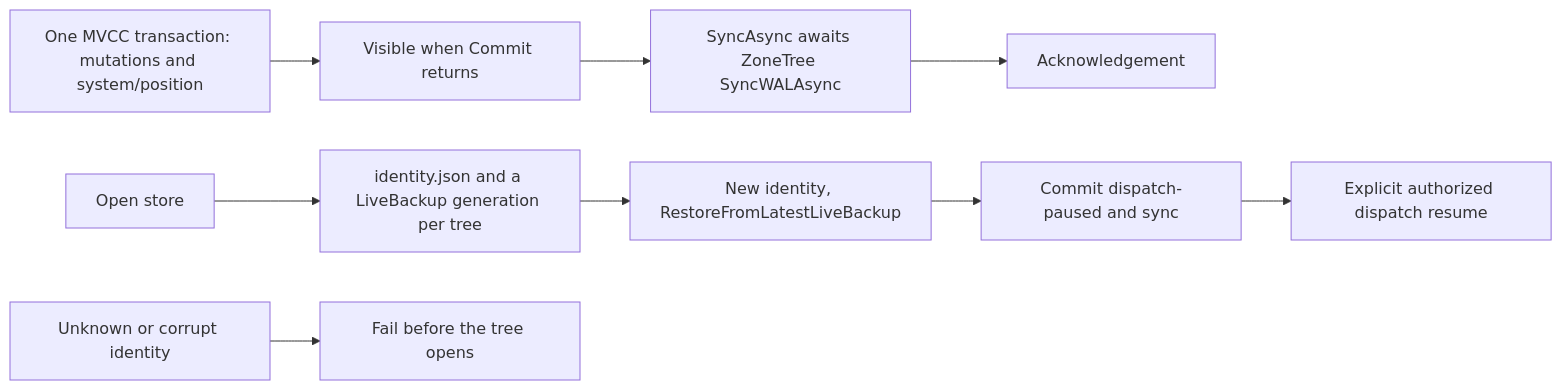
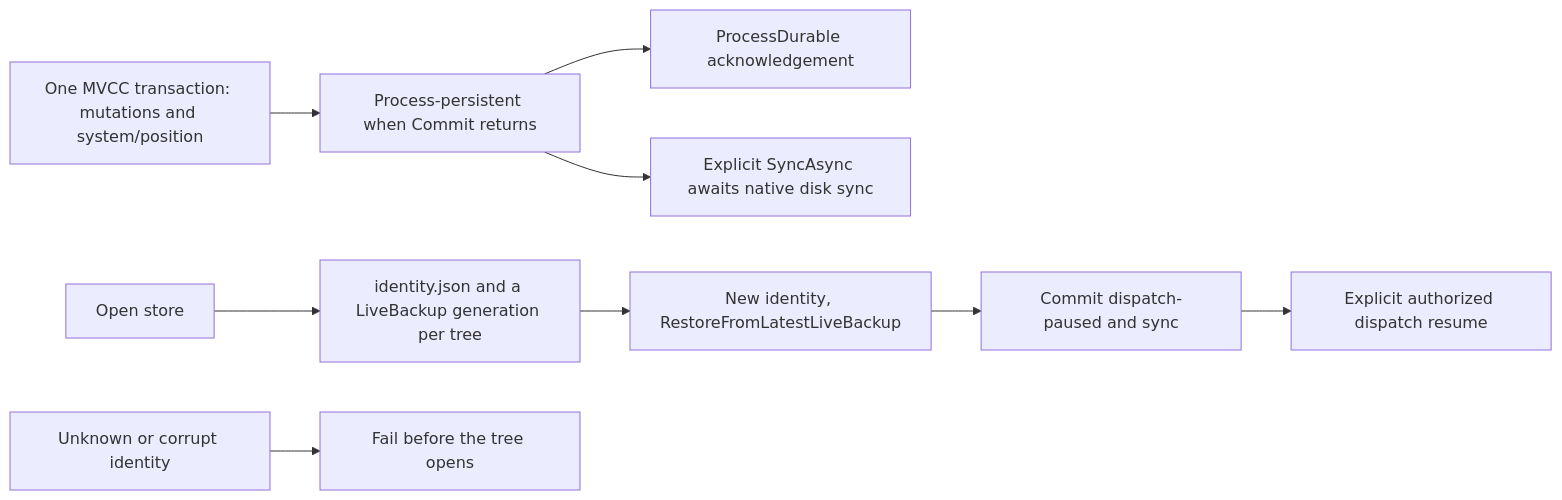
Before and after one commit to managedcode/KeyLoad: the diagram in docs/ADR/ADR-011-current-format.md, drawn with Mermaid. The commit also changed other lines of this file and 30 other files, not shown here.

First line of the commit message:
Publish process-persistent native WAL writes without per-batch disk sync

````diff
--- a/docs/ADR/ADR-011-current-format.md
+++ b/docs/ADR/ADR-011-current-format.md
@@ -66,11 +67,11 @@
 ```mermaid
 flowchart LR
-    Commit[One MVCC transaction: mutations and system/position] --> Visible[Visible when Commit returns]
-    Visible --> Sync[SyncAsync awaits ZoneTree SyncWALAsync]
-    Sync --> Ack[Acknowledgement]
+    Commit[One MVCC transaction: mutations and system/position] --> Visible[Process-persistent when Commit returns]
+    Visible --> Ack[ProcessDurable acknowledgement]
+    Visible --> Sync[Explicit SyncAsync awaits native disk sync]
     Store[Open store] --> Backup[identity.json and a LiveBackup generation per tree]
     Backup --> Restore[New identity, RestoreFromLatestLiveBackup]
     Restore --> Pause[Commit dispatch-paused and sync]
     Pause --> Resume[Explicit authorized dispatch resume]
     Unsupported[Unknown or corrupt identity] --> Reject[Fail before the tree opens]
 ```
````
